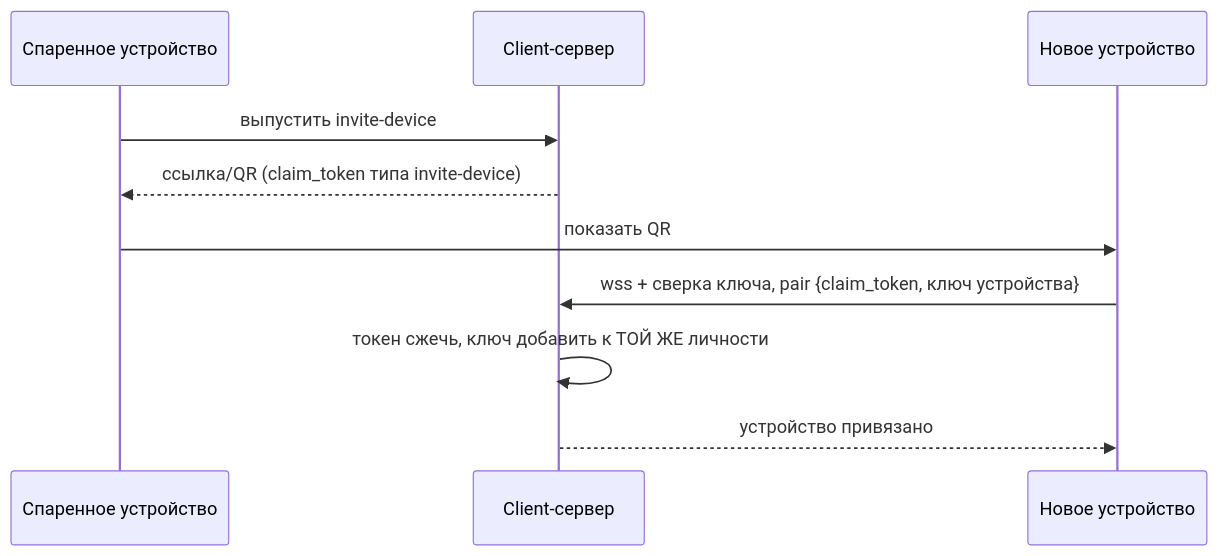
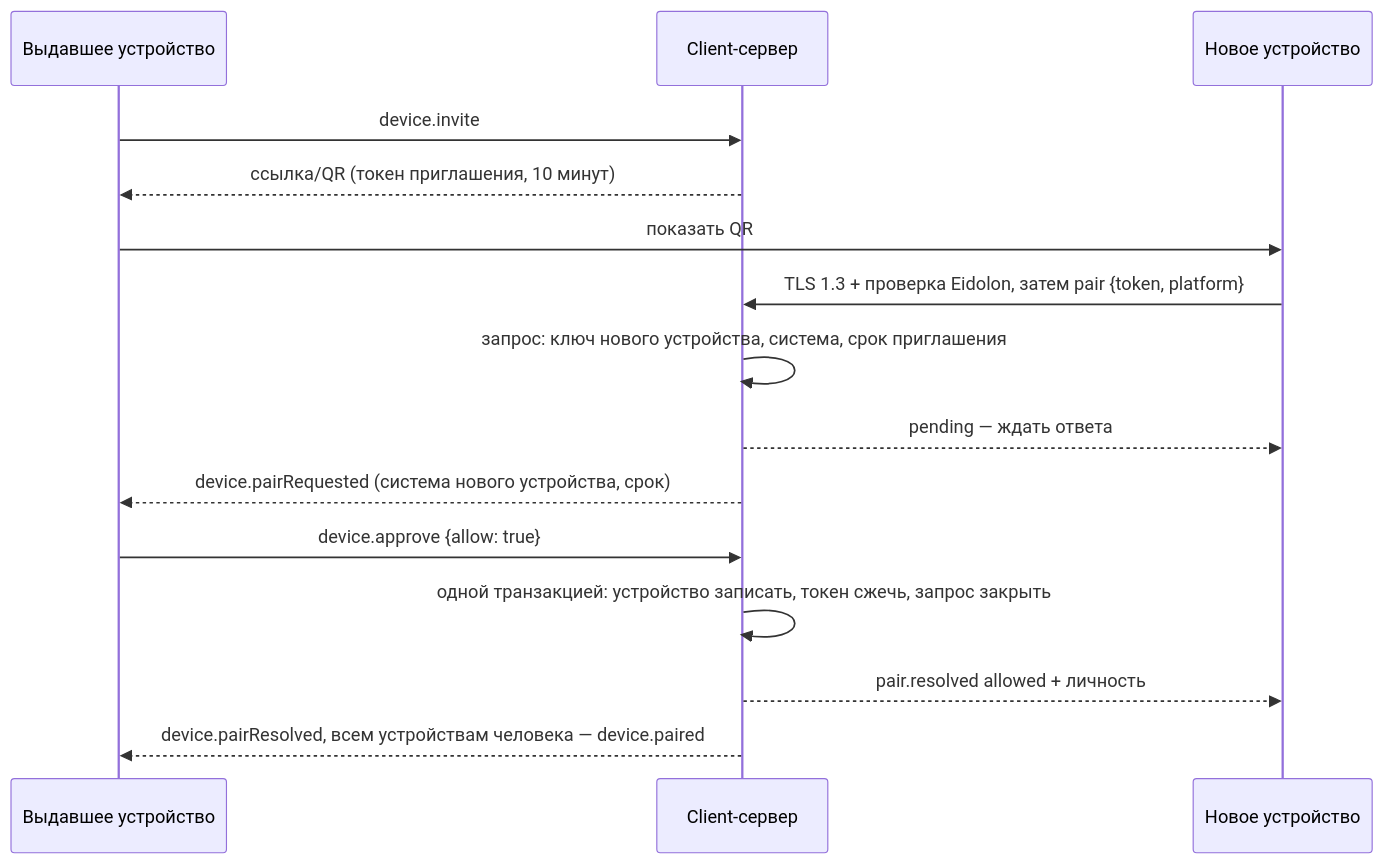
The second of 5 diagrams in docs/client-backend/architecture/authentication.md (cyphernet-labs/nox-app), drawn with Mermaid before and after one commit. The commit also changed other lines of this file and 6 other files, not shown here.

````diff
--- a/docs/client-backend/architecture/authentication.md
+++ b/docs/client-backend/architecture/authentication.md
@@ -95,12 +89,17 @@
 ```mermaid
 sequenceDiagram
-  participant P as Спаренное устройство
+  participant P as Выдавшее устройство
   participant CB as Client-сервер
   participant N as Новое устройство
-  P->>CB: выпустить invite-device
-  CB-->>P: ссылка/QR (claim_token типа invite-device)
+  P->>CB: device.invite
+  CB-->>P: ссылка/QR (токен приглашения, 10 минут)
   P->>N: показать QR
-  N->>CB: wss + сверка ключа, pair {claim_token, ключ устройства}
-  CB->>CB: токен сжечь, ключ добавить к ТОЙ ЖЕ личности
-  CB-->>N: устройство привязано
+  N->>CB: TLS 1.3 + проверка Eidolon, затем pair {token, platform}
+  CB->>CB: запрос: ключ нового устройства, система, срок приглашения
+  CB-->>N: pending — ждать ответа
+  CB-->>P: device.pairRequested (система нового устройства, срок)
+  P->>CB: device.approve {allow: true}
+  CB->>CB: одной транзакцией: устройство записать, токен сжечь, запрос закрыть
+  CB-->>N: pair.resolved allowed + личность
+  CB-->>P: device.pairResolved, всем устройствам человека — device.paired
 ```
````
